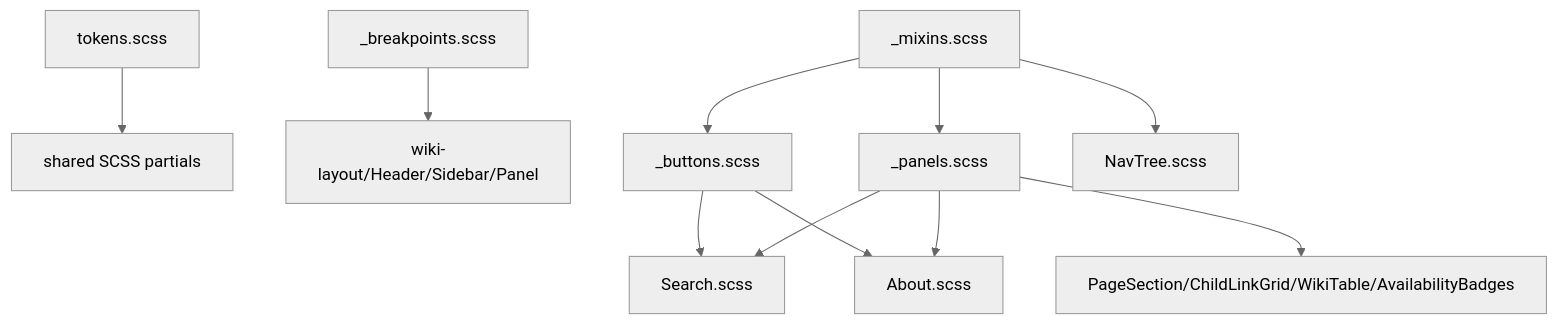
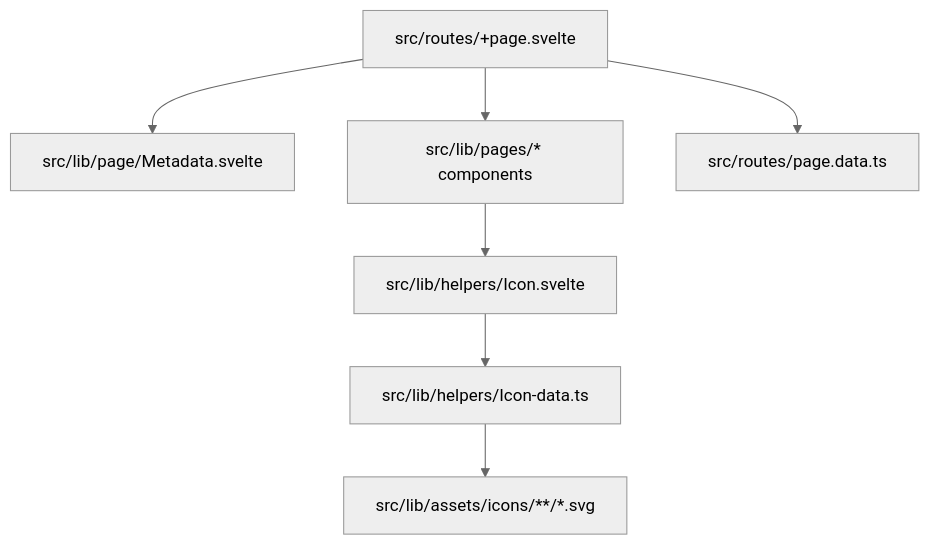
One commit to toon-van-berkel/dnd-wiki changed the eighth of 8 diagrams in docs/architecture-audit/dependency-map.md. Above: the diagram before and after it, drawn with Mermaid (neutral theme). The commit also changed other lines of this file and 200 other files, not shown here.

````diff
--- a/docs/architecture-audit/dependency-map.md
+++ b/docs/architecture-audit/dependency-map.md
@@ -315,13 +76,9 @@
 ```mermaid
 flowchart TD
-  tokens["tokens.scss"] --> shared["shared SCSS partials"]
-  breakpoints["_breakpoints.scss"] --> shell["wiki-layout/Header/Sidebar/Panel"]
-  mixins["_mixins.scss"] --> buttons["_buttons.scss"]
-  mixins --> panels["_panels.scss"]
-  buttons --> routeSearch["Search.scss"]
-  buttons --> routeAbout["About.scss"]
-  panels --> components["PageSection/ChildLinkGrid/WikiTable/AvailabilityBadges"]
-  panels --> routeSearch
-  panels --> routeAbout
-  mixins --> navTree["NavTree.scss"]
+  Home["src/routes/+page.svelte"] --> Metadata["src/lib/page/Metadata.svelte"]
+  Home --> NewCards["src/lib/pages/* components"]
+  Home --> HomeData["src/routes/page.data.ts"]
+  NewCards --> Icon["src/lib/helpers/Icon.svelte"]
+  Icon --> IconData["src/lib/helpers/Icon-data.ts"]
+  IconData --> SvgIcons["src/lib/assets/icons/**/*.svg"]
 ```
````
